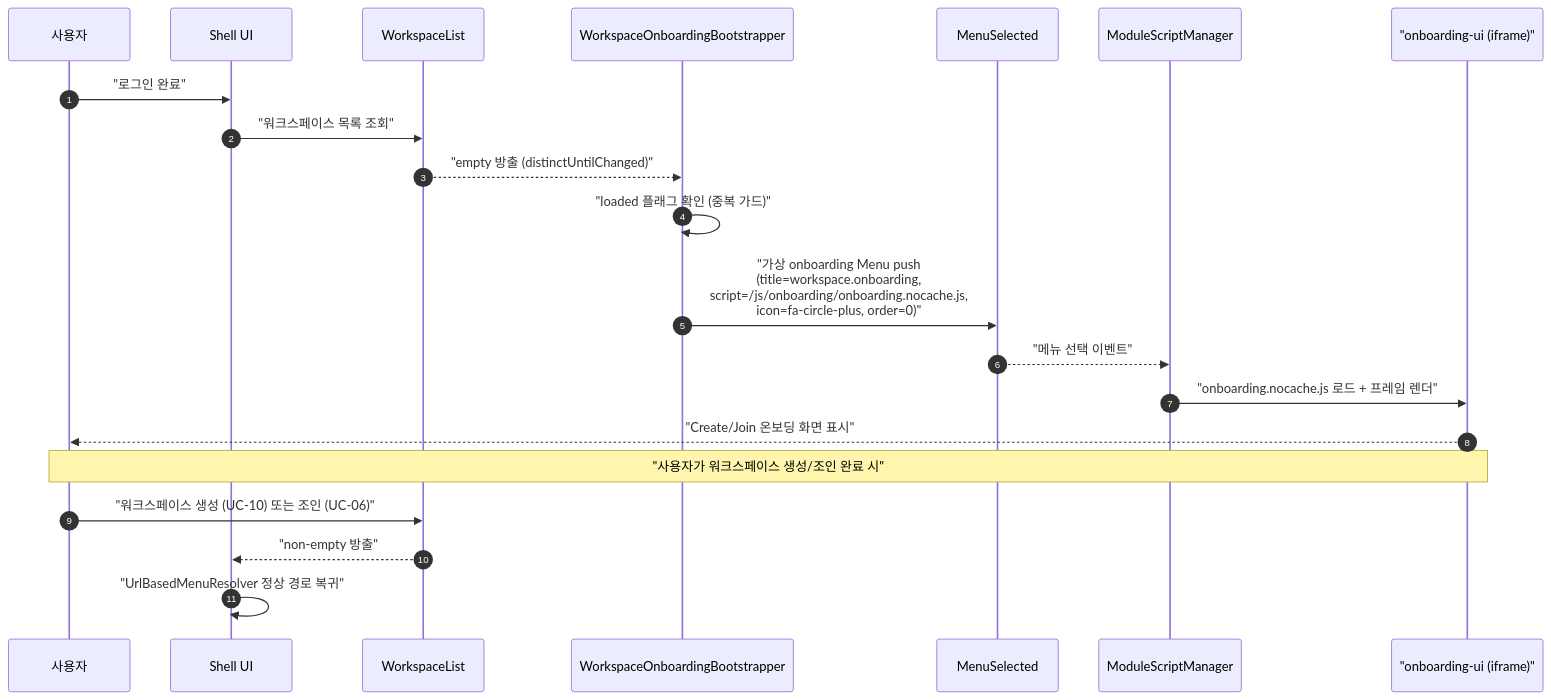
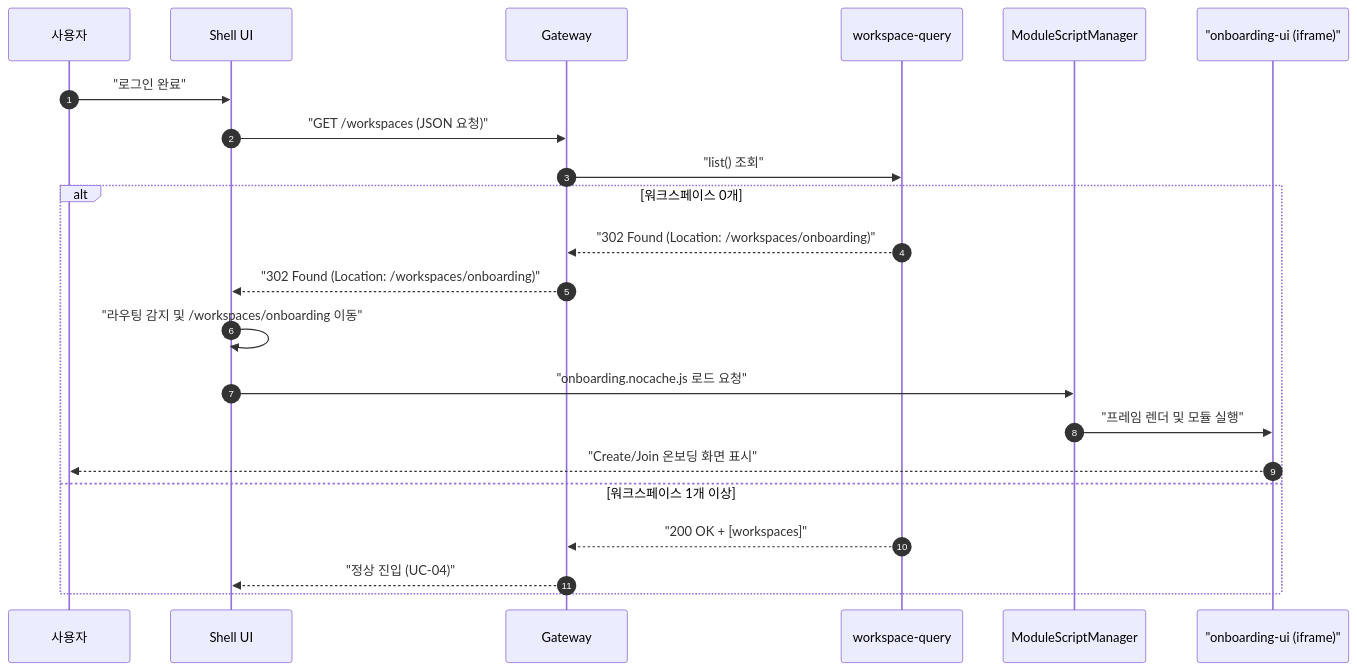
One commit to sayaya1090/handbook changed the tenth of 32 diagrams in docs/usecases.md. Above: the diagram before and after it, drawn with Mermaid. The commit also changed other lines of this file and 4 other files, not shown here.

First line of the commit message:
feat(onboarding): 워크스페이스 부재 시 API 레벨의 302 리다이렉트 온보딩 구현

````diff
--- a/docs/usecases.md
+++ b/docs/usecases.md
@@ -559,25 +559,25 @@
 ```mermaid
 sequenceDiagram
     autonumber
     participant User as 사용자
     participant Shell as Shell UI
-    participant WL as WorkspaceList
-    participant OB as WorkspaceOnboardingBootstrapper
-    participant MS as MenuSelected
+    participant GW as Gateway
+    participant SW as workspace-query
     participant MSM as ModuleScriptManager
     participant OUI as "onboarding-ui (iframe)"
 
     User->>Shell: "로그인 완료"
-    Shell->>WL: "워크스페이스 목록 조회"
-    WL-->>OB: "empty 방출 (distinctUntilChanged)"
-    OB->>OB: "loaded 플래그 확인 (중복 가드)"
-    OB->>MS: "가상 onboarding Menu push<br/>(title=workspace.onboarding,<br/>script=/js/onboarding/onboarding.nocache.js,<br/>icon=fa-circle-plus, order=0)"
-    MS-->>MSM: "메뉴 선택 이벤트"
-    MSM->>OUI: "onboarding.nocache.js 로드 + 프레임 렌더"
-    OUI-->>User: "Create/Join 온보딩 화면 표시"
-
-    Note over User,OUI: "사용자가 워크스페이스 생성/조인 완료 시"
-    User->>WL: "워크스페이스 생성 (UC-10) 또는 조인 (UC-06)"
-    WL-->>Shell: "non-empty 방출"
-    Shell->>Shell: "UrlBasedMenuResolver 정상 경로 복귀"
+    Shell->>GW: "GET /workspaces (JSON 요청)"
+    GW->>SW: "list() 조회"
+    alt 워크스페이스 0개
+        SW-->>GW: "302 Found (Location: /workspaces/onboarding)"
+        GW-->>Shell: "302 Found (Location: /workspaces/onboarding)"
+        Shell->>Shell: "라우팅 감지 및 /workspaces/onboarding 이동"
+        Shell->>MSM: "onboarding.nocache.js 로드 요청"
+        MSM->>OUI: "프레임 렌더 및 모듈 실행"
+        OUI-->>User: "Create/Join 온보딩 화면 표시"
+    else 워크스페이스 1개 이상
+        SW-->>GW: "200 OK + [workspaces]"
+        GW-->>Shell: "정상 진입 (UC-04)"
+    end
 ```
````
